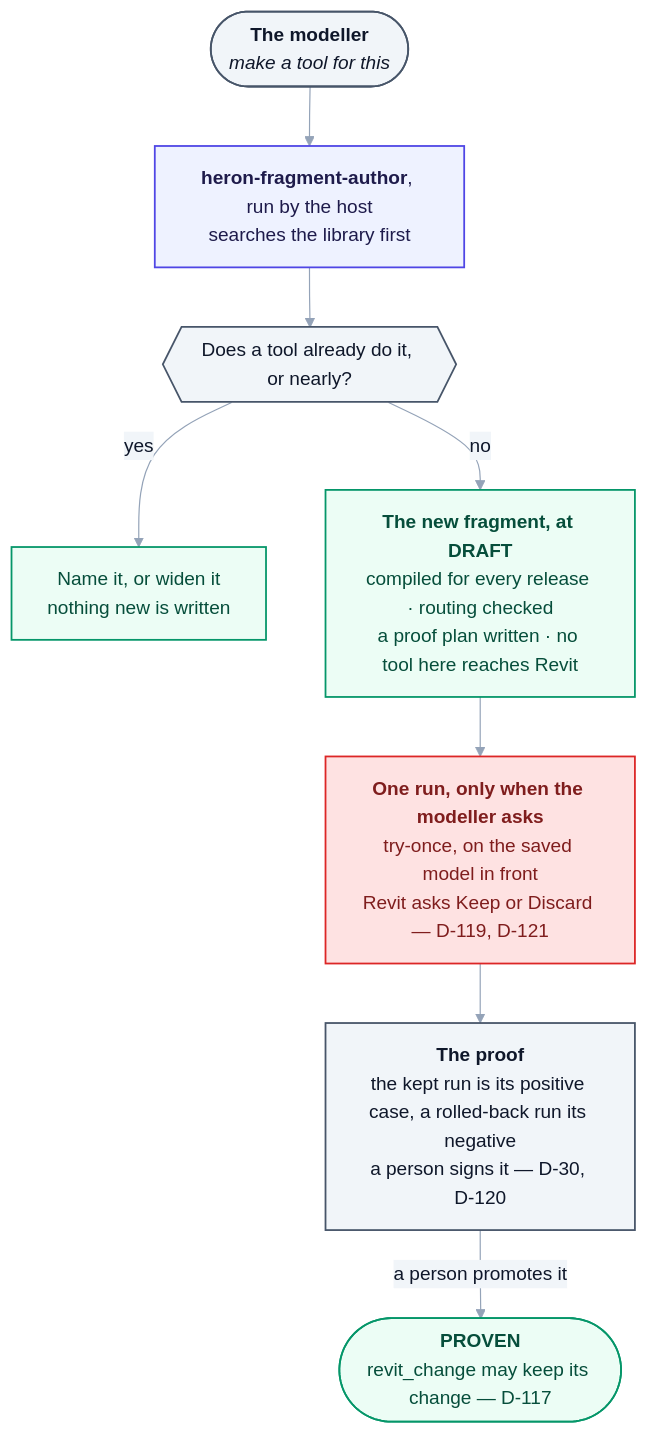
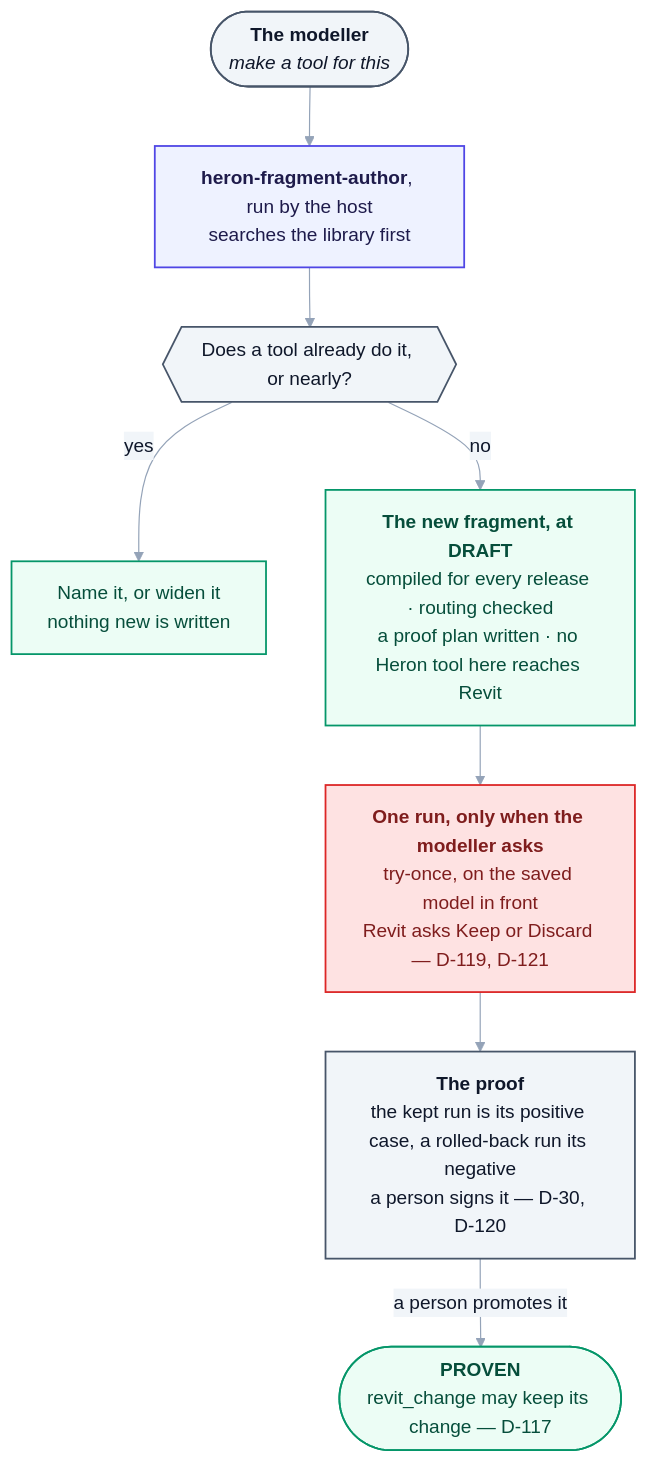
Before and after one commit to Ajmalpshaik/Heron-AI: the first of 2 diagrams in docs/11-orchestration-and-workflows.md, drawn with Mermaid. The commit also changed other lines of this file and 133 other files, not shown here.

````diff
--- a/docs/11-orchestration-and-workflows.md
+++ b/docs/11-orchestration-and-workflows.md
@@ -90,25 +90,25 @@
 ```mermaid
 %%{init: {"themeVariables": {"edgeLabelBackground":"#F1F5F9","lineColor":"#94A3B8","textColor":"#0F172A","tertiaryTextColor":"#0F172A"}}}%%
 flowchart TD
     ASK(["<b>The modeller</b><br/><i>make a tool for this</i>"])
     SUB["<b>heron-fragment-author</b>, run by the host<br/>searches the library first"]
     Q{{"Does a tool already do it, or nearly?"}}
     REUSE["Name it, or widen it<br/>nothing new is written"]
-    DRAFT["<b>The new fragment, at DRAFT</b><br/>compiled for every release · routing checked<br/>a proof plan written · no tool here reaches Revit"]
+    DRAFT["<b>The new fragment, at DRAFT</b><br/>compiled for every release · routing checked<br/>a proof plan written · no Heron tool here reaches Revit"]
     ONCE["<b>One run, only when the modeller asks</b><br/>try-once, on the saved model in front<br/>Revit asks Keep or Discard — D-119, D-121"]
     PROOF["<b>The proof</b><br/>the kept run is its positive case, a rolled-back run its negative<br/>a person signs it — D-30, D-120"]
     PROVEN(["<b>PROVEN</b><br/>revit_change may keep its change — D-117"])
 
     ASK --> SUB --> Q
     Q -->|"yes"| REUSE
     Q -->|"no"| DRAFT --> ONCE --> PROOF -->|"a person promotes it"| PROVEN
 
     classDef user fill:#F1F5F9,stroke:#475569,stroke-width:1.5px,color:#0F172A
     classDef host fill:#EEF2FF,stroke:#4F46E5,stroke-width:1.5px,color:#1E1B4B
     classDef brain fill:#ECFDF5,stroke:#059669,stroke-width:1.5px,color:#064E3B
     classDef revit fill:#FEE2E2,stroke:#DC2626,stroke-width:1.5px,color:#7F1D1D
     class ASK,Q,PROOF user
     class SUB host
     class REUSE,DRAFT,PROVEN brain
     class ONCE revit
 ```
````
